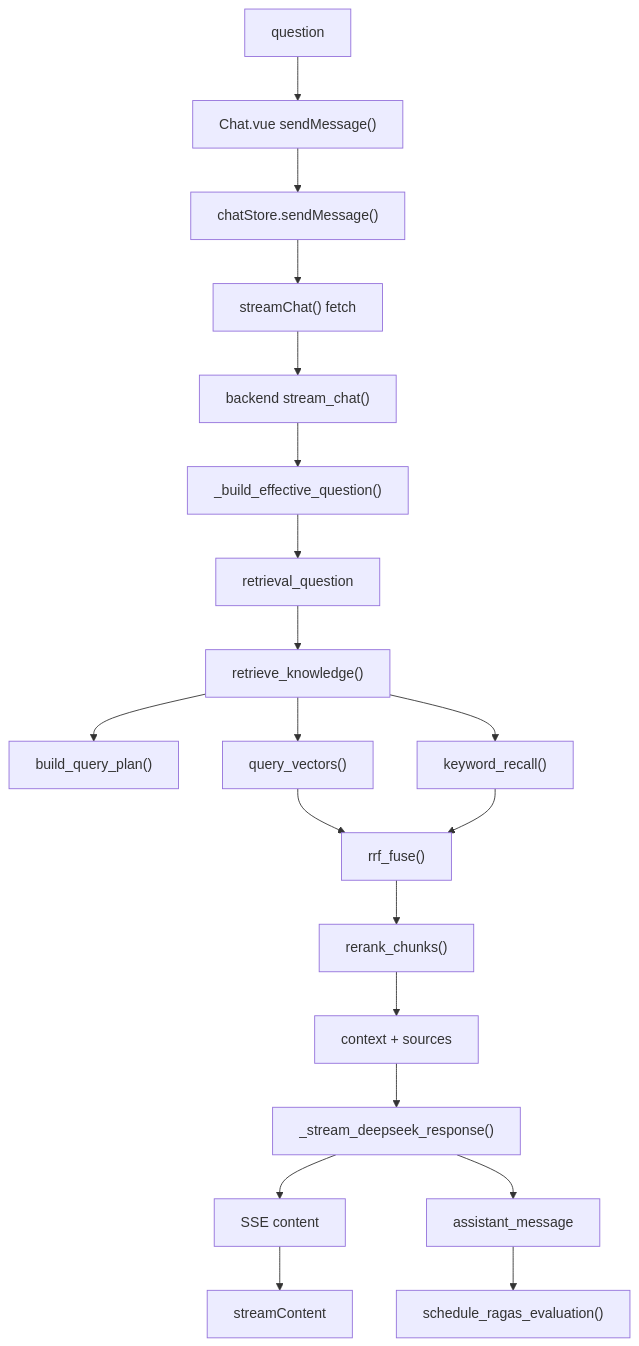
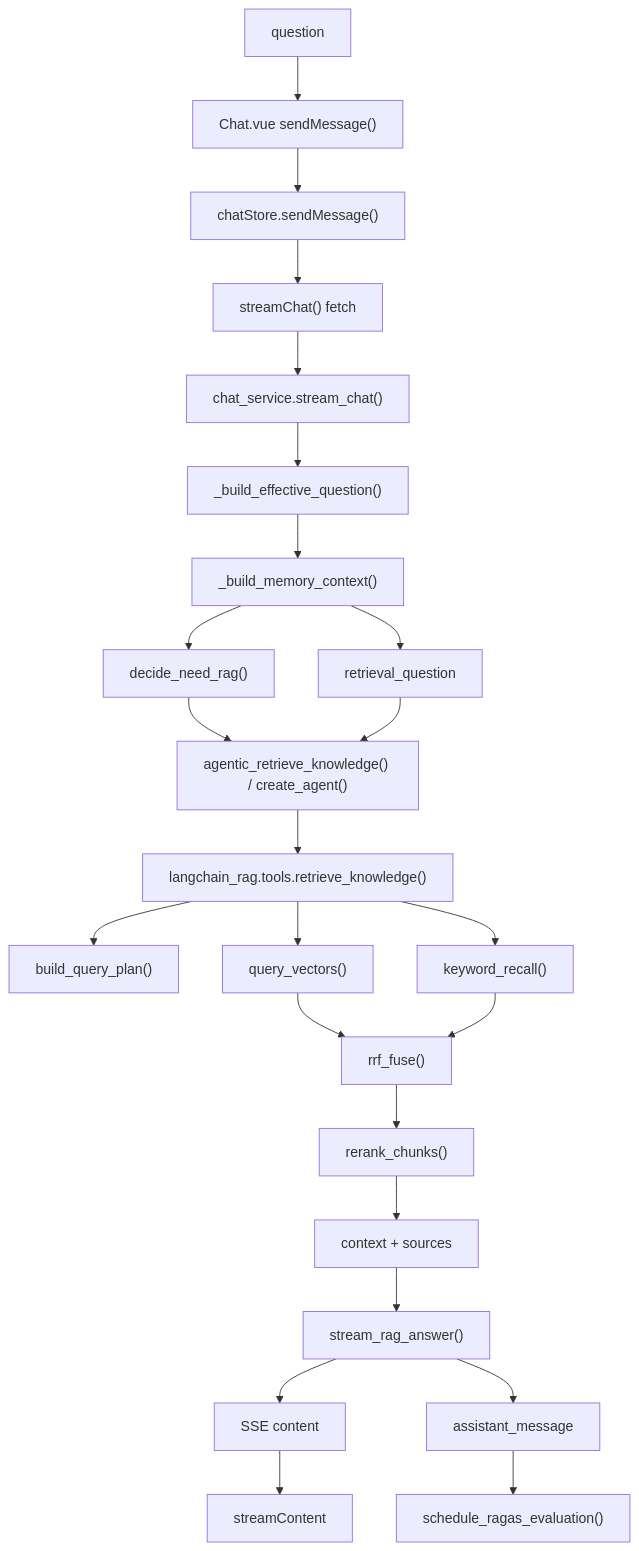
One commit to baiye-banned/Agent_about_answer changed the tenth of 10 diagrams in docs/PROJECT_CODE_READING_ROADMAP.md. Above: the diagram before and after it, drawn with Mermaid. The commit also changed other lines of this file and 53 other files, not shown here.

````diff
--- a/docs/PROJECT_CODE_READING_ROADMAP.md
+++ b/docs/PROJECT_CODE_READING_ROADMAP.md
@@ -718,22 +726,26 @@
 ```mermaid
 flowchart TD
   Q["question"] --> CS["Chat.vue sendMessage()"]
   CS --> Store["chatStore.sendMessage()"]
   Store --> Fetch["streamChat() fetch"]
-  Fetch --> Backend["backend stream_chat()"]
+  Fetch --> Backend["chat_service.stream_chat()"]
   Backend --> EQ["_build_effective_question()"]
-  EQ --> RQ["retrieval_question"]
-  RQ --> Retrieve["retrieve_knowledge()"]
+  EQ --> Memory["_build_memory_context()"]
+  Memory --> Gate["decide_need_rag()"]
+  Memory --> RQ["retrieval_question"]
+  Gate --> Agentic["agentic_retrieve_knowledge() / create_agent()"]
+  RQ --> Agentic
+  Agentic --> Retrieve["langchain_rag.tools.retrieve_knowledge()"]
   Retrieve --> Plan["build_query_plan()"]
   Retrieve --> Vector["query_vectors()"]
   Retrieve --> Keyword["keyword_recall()"]
   Vector --> RRF["rrf_fuse()"]
   Keyword --> RRF
   RRF --> Rerank["rerank_chunks()"]
   Rerank --> Context["context + sources"]
-  Context --> Model["_stream_deepseek_response()"]
+  Context --> Model["stream_rag_answer()"]
   Model --> SSE["SSE content"]
   SSE --> UI["streamContent"]
   Model --> Save["assistant_message"]
   Save --> Ragas["schedule_ragas_evaluation()"]
 ```
````
